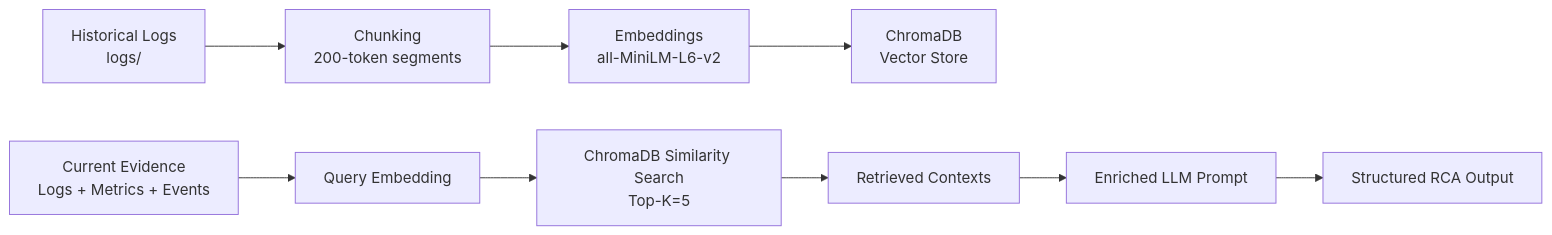
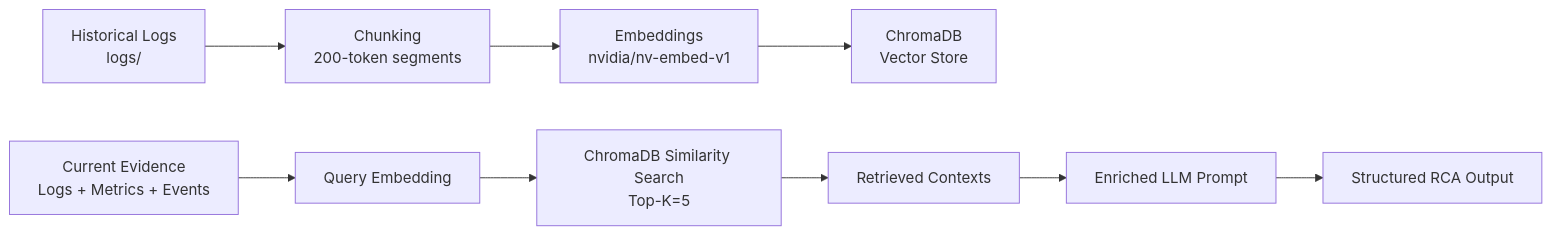
The second of 4 diagrams in docs/dissertation_report.md (cloud-pulse/sre-rca-tool), drawn with Mermaid before and after one commit. The commit also changed other lines of this file and 49 other files, not shown here.

````diff
--- a/docs/dissertation_report.md
+++ b/docs/dissertation_report.md
@@ -79,10 +96,10 @@
 ```mermaid
 graph LR
     A[Historical Logs<br/>logs/] --> B[Chunking<br/>200-token segments]
-    B --> C[Embeddings<br/>all-MiniLM-L6-v2]
+    B --> C[Embeddings<br/>nvidia/nv-embed-v1]
     C --> D[ChromaDB<br/>Vector Store]
     E[Current Evidence<br/>Logs + Metrics + Events] --> F[Query Embedding]
     F --> G[ChromaDB Similarity Search<br/>Top-K=5]
     G --> H[Retrieved Contexts] --> I[Enriched LLM Prompt]
     I --> J[Structured RCA Output]
 ```
````
